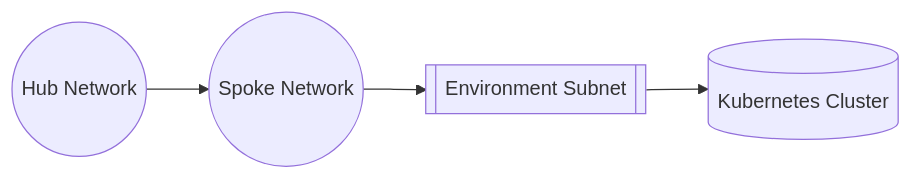
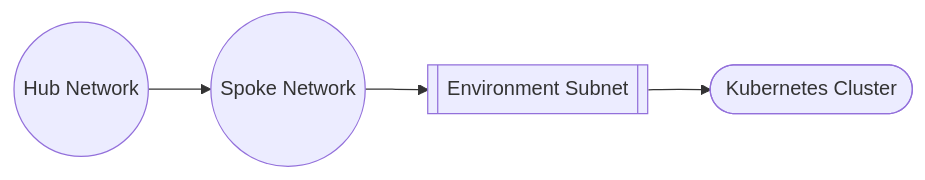
Before and after one commit to lsc-sde/iac-terraform-azure: the second of 2 diagrams in README.md, drawn with Mermaid. The commit also changed other lines of this file and 23 other files, not shown here.

Commit message:
addition of hub/spoke test scripts and fixes to terraform state scripts

````diff
--- a/README.md
+++ b/README.md
@@ -14,5 +45,5 @@
 ```mermaid
 flowchart LR
-    Hub((Hub Network)) --> Spoke((Spoke Network)) --> Subnet[[Environment Subnet]] --> Cluster[(Kubernetes Cluster)]
+    Hub((Hub Network)) --> Spoke((Spoke Network)) --> Subnet[[Environment Subnet]] --> Cluster([Kubernetes Cluster])
 
 ```
````
